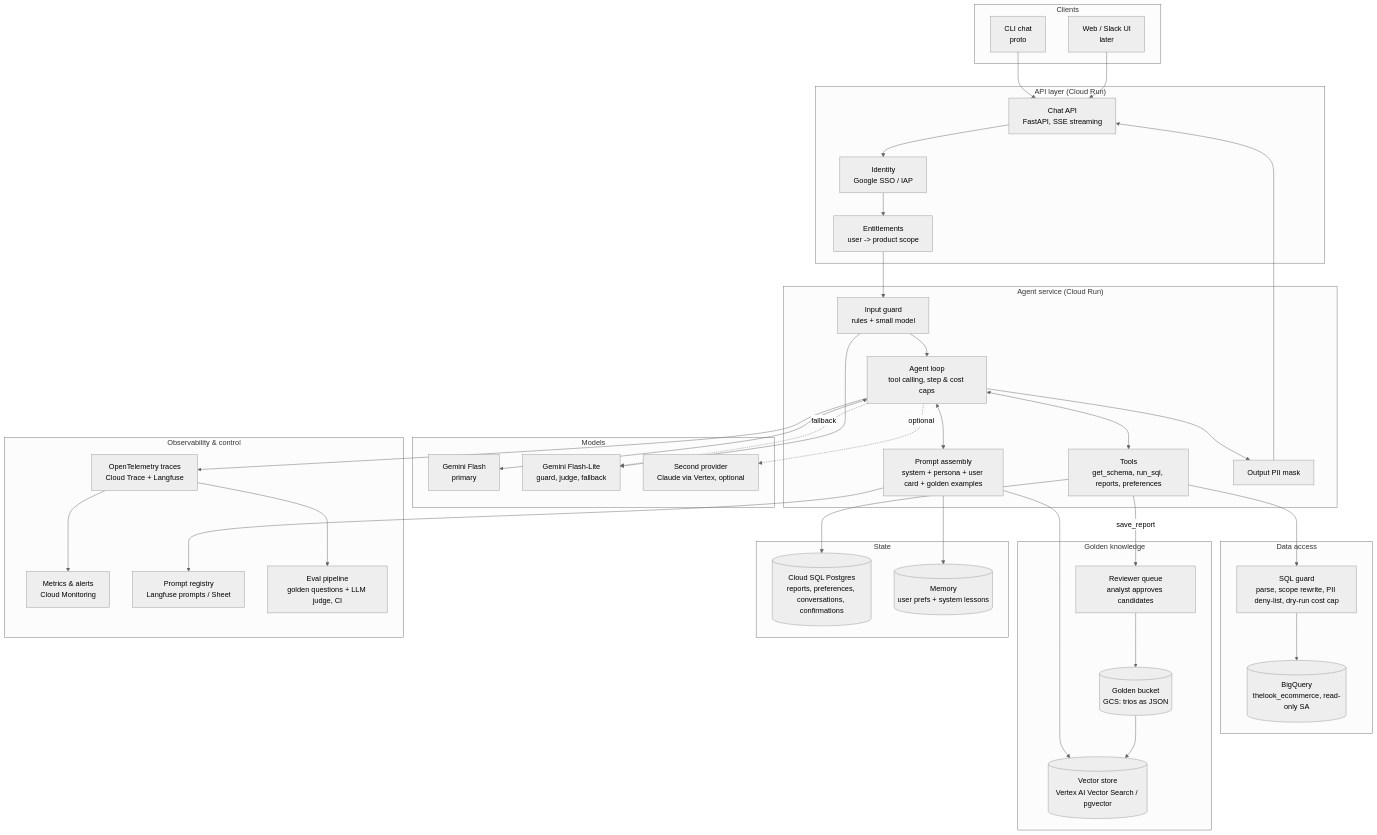
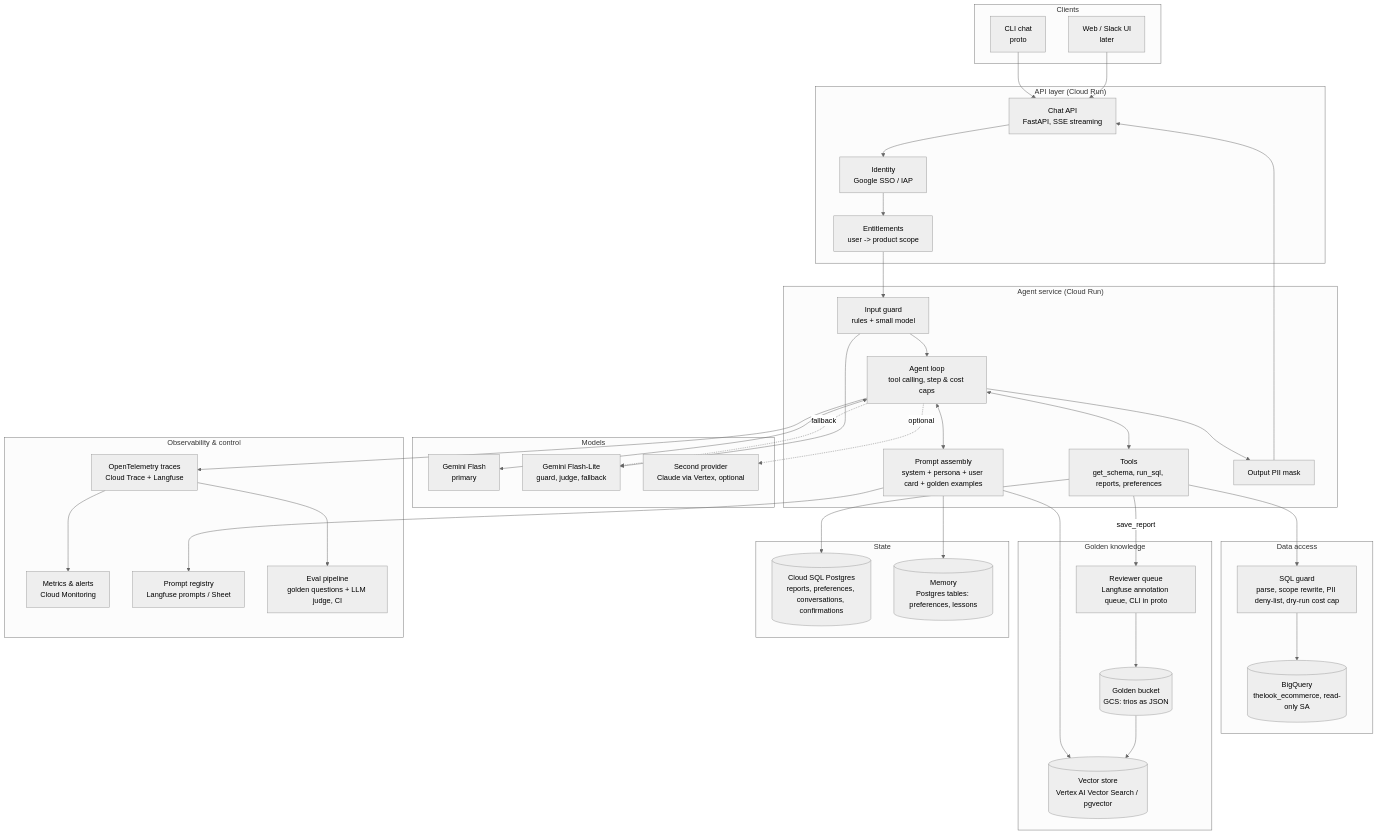
Before and after one commit to xkaple00/retail-analyst-agent: the first of 2 diagrams in docs/ARCHITECTURE.md, drawn with Mermaid (neutral theme). The commit also changed other lines of this file and 13 other files, not shown here.

Commit message:
fix: docs-audit corrections, process-wide schema cache, fallback order by quota, hour-long breaker on daily-quota 429, eval evidence 5/13 on a fresh key

````diff
--- a/docs/ARCHITECTURE.md
+++ b/docs/ARCHITECTURE.md
@@ -20,69 +22,69 @@
 ```mermaid
 flowchart TB
     subgraph Clients
         CLI[CLI chat<br/>proto]
         Web[Web / Slack UI<br/>later]
     end
 
     subgraph Edge["API layer (Cloud Run)"]
         GW[Chat API<br/>FastAPI, SSE streaming]
         AuthN[Identity<br/>Google SSO / IAP]
         Ent[Entitlements<br/>user -> product scope]
     end
 
     subgraph Agent["Agent service (Cloud Run)"]
         Guard[Input guard<br/>rules + small model]
         Orch[Agent loop<br/>tool calling, step & cost caps]
         Prompt[Prompt assembly<br/>system + persona + user card + golden examples]
         Tools[Tools<br/>get_schema, run_sql, reports, preferences]
         Mask[Output PII mask]
     end
 
     subgraph Data["Data access"]
         SQLGuard[SQL guard<br/>parse, scope rewrite, PII deny-list, dry-run cost cap]
         BQ[(BigQuery<br/>thelook_ecommerce, read-only SA)]
     end
 
     subgraph Knowledge["Golden knowledge"]
         VDB[(Vector store<br/>Vertex AI Vector Search / pgvector)]
         GB[(Golden bucket<br/>GCS: trios as JSON)]
-        Review[Reviewer queue<br/>analyst approves candidates]
+        Review[Reviewer queue<br/>Langfuse annotation queue, CLI in proto]
     end
 
     subgraph State["State"]
         PG[(Cloud SQL Postgres<br/>reports, preferences, conversations, confirmations)]
-        Mem[(Memory<br/>user prefs + system lessons)]
+        Mem[(Memory<br/>Postgres tables: preferences, lessons)]
     end
 
     subgraph LLM["Models"]
         Gem[Gemini Flash<br/>primary]
         GemLite[Gemini Flash-Lite<br/>guard, judge, fallback]
         Alt[Second provider<br/>Claude via Vertex, optional]
     end
 
     subgraph Ops["Observability & control"]
         OTel[OpenTelemetry traces<br/>Cloud Trace + Langfuse]
         Metrics[Metrics & alerts<br/>Cloud Monitoring]
         PromptReg[Prompt registry<br/>Langfuse prompts / Sheet]
         Evals[Eval pipeline<br/>golden questions + LLM judge, CI]
     end
 
     CLI --> GW
     Web --> GW
     GW --> AuthN --> Ent --> Guard --> Orch
     Orch <--> Prompt
     Prompt --> VDB
     Prompt --> PromptReg
     Prompt --> Mem
     Orch <--> Tools
     Tools --> SQLGuard --> BQ
     Tools --> PG
     Orch <--> Gem
     Orch -.fallback.-> GemLite
     Orch -.optional.-> Alt
     Guard --> GemLite
     Orch --> Mask --> GW
     Tools -- save_report --> Review --> GB --> VDB
     Orch --> OTel --> Metrics
     OTel --> Evals
 ```
````
